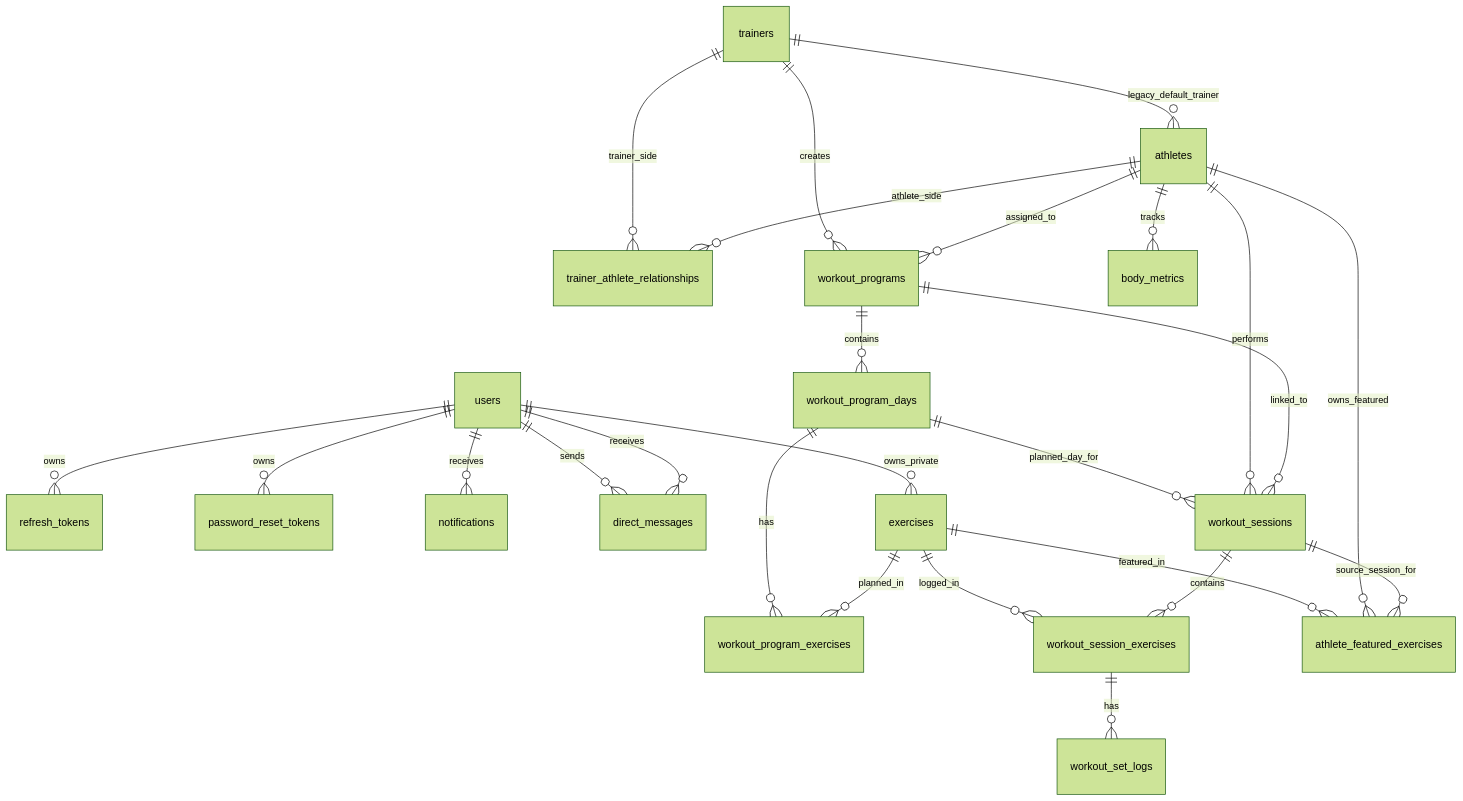
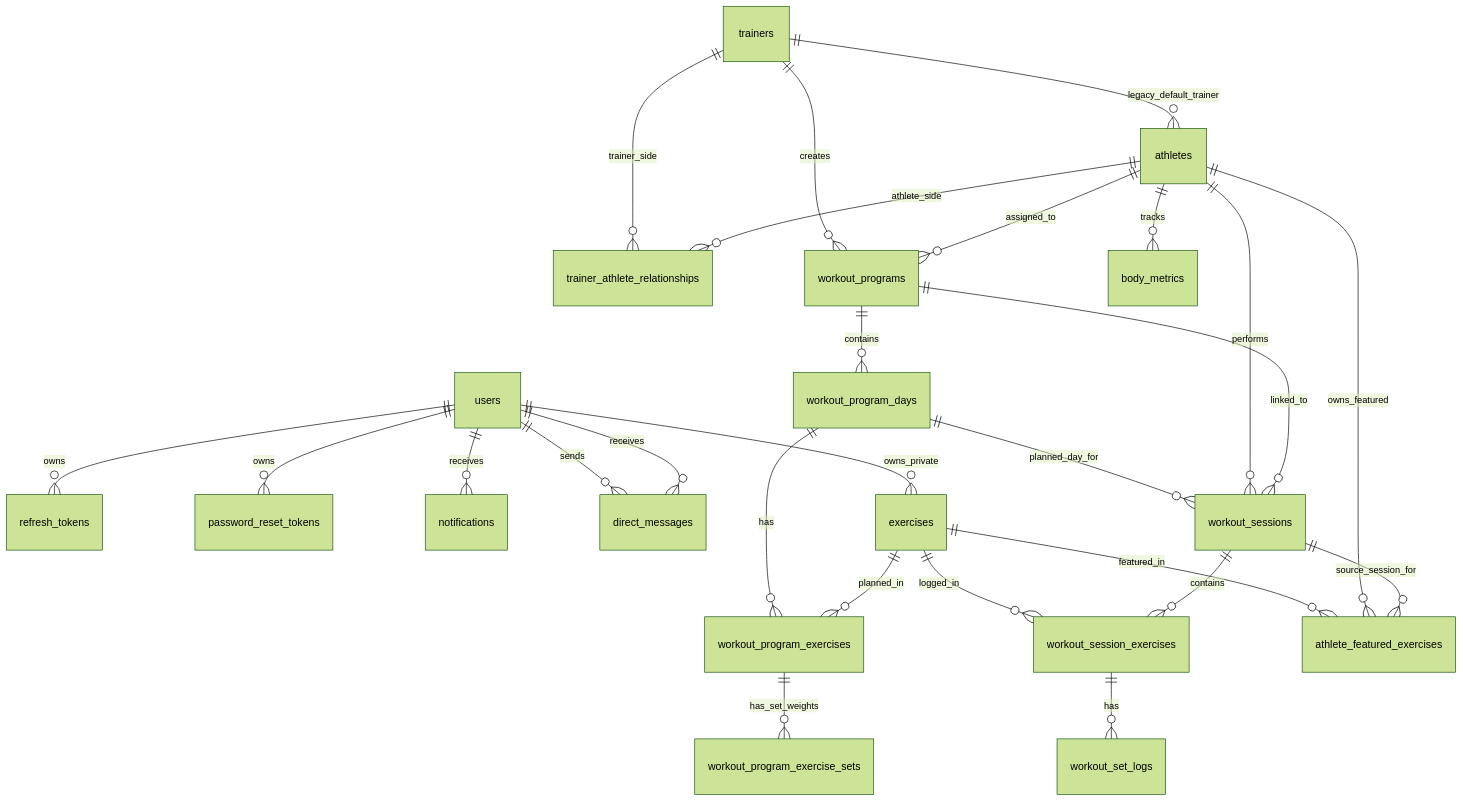
The diagram in database/erd.md (fatihkesik01/TrackMe-Docs), drawn with Mermaid (forest theme) before and after one commit. The commit also changed other lines of this file and 6 other files, not shown here.

````diff
--- a/database/erd.md
+++ b/database/erd.md
@@ -5,34 +5,35 @@
 ```mermaid
 erDiagram
     users ||--o{ refresh_tokens : owns
     users ||--o{ password_reset_tokens : owns
     users ||--o{ notifications : receives
     users ||--o{ direct_messages : sends
     users ||--o{ direct_messages : receives
     users ||--o{ exercises : owns_private
 
     trainers ||--o{ trainer_athlete_relationships : trainer_side
     athletes ||--o{ trainer_athlete_relationships : athlete_side
     trainers ||--o{ athletes : legacy_default_trainer
 
     trainers ||--o{ workout_programs : creates
     athletes ||--o{ workout_programs : assigned_to
 
     workout_programs ||--o{ workout_program_days : contains
     workout_program_days ||--o{ workout_program_exercises : has
+    workout_program_exercises ||--o{ workout_program_exercise_sets : has_set_weights
     workout_program_days ||--o{ workout_sessions : planned_day_for
 
     exercises ||--o{ workout_program_exercises : planned_in
     exercises ||--o{ workout_session_exercises : logged_in
     exercises ||--o{ athlete_featured_exercises : featured_in
 
     athletes ||--o{ workout_sessions : performs
     athletes ||--o{ athlete_featured_exercises : owns_featured
     workout_programs ||--o{ workout_sessions : linked_to
     workout_sessions ||--o{ athlete_featured_exercises : source_session_for
 
     workout_sessions ||--o{ workout_session_exercises : contains
     workout_session_exercises ||--o{ workout_set_logs : has
 
     athletes ||--o{ body_metrics : tracks
 ```
````
